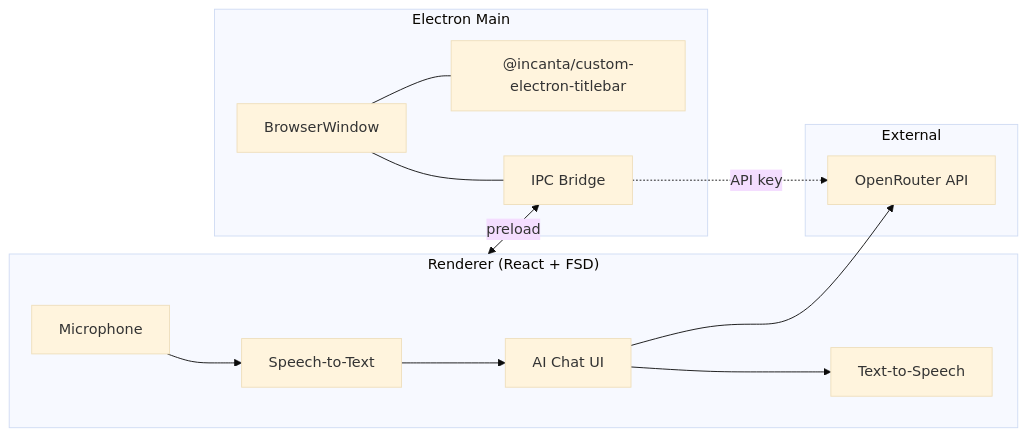
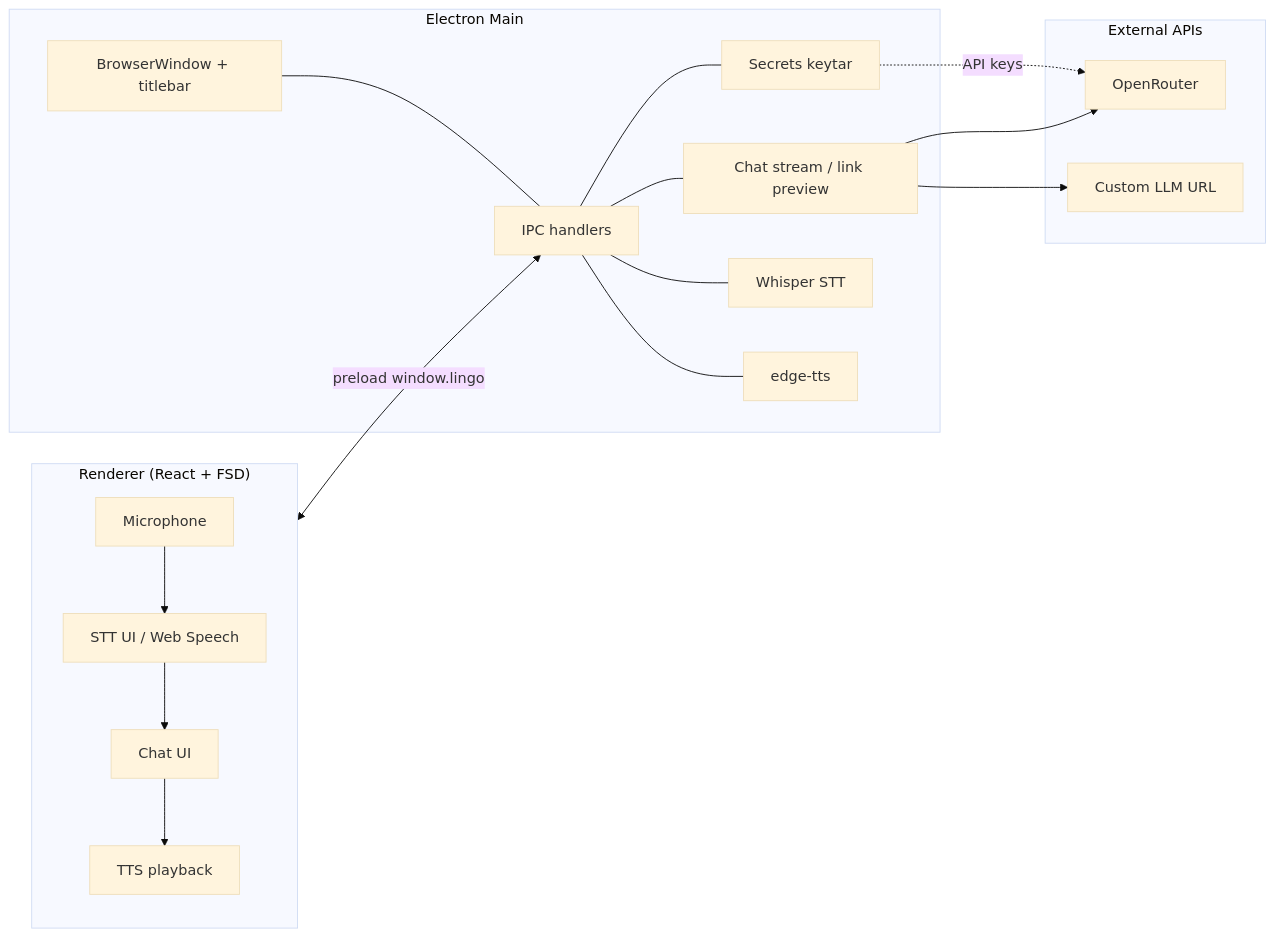
Before and after one commit to thisatom/lingo: the diagram in docs/ARCHITECTURE.md, drawn with Mermaid (base theme). The commit also changed other lines of this file and 157 other files, not shown here.

````diff
--- a/docs/ARCHITECTURE.md
+++ b/docs/ARCHITECTURE.md
@@ -5,26 +5,34 @@
 ```mermaid
 flowchart LR
   subgraph Renderer["Renderer (React + FSD)"]
     MIC[Microphone]
-    STT[Speech-to-Text]
-    AI_UI[AI Chat UI]
-    TTS[Text-to-Speech]
-    MIC --> STT --> AI_UI --> TTS
+    STT_UI[STT UI / Web Speech]
+    AI_UI[Chat UI]
+    TTS_UI[TTS playback]
+    MIC --> STT_UI --> AI_UI --> TTS_UI
   end
 
   subgraph Main["Electron Main"]
-    WIN[BrowserWindow]
-    TB["@incanta/custom-electron-titlebar"]
-    IPC[IPC Bridge]
-    WIN --- TB
+    WIN[BrowserWindow + titlebar]
+    IPC[IPC handlers]
+    SEC[Secrets keytar]
+    CHAT[Chat stream / link preview]
+    WHISPER[Whisper STT]
+    EDGE[edge-tts]
     WIN --- IPC
+    IPC --- SEC
+    IPC --- CHAT
+    IPC --- WHISPER
+    IPC --- EDGE
   end
 
-  subgraph External["External"]
-    OR[OpenRouter API]
+  subgraph External["External APIs"]
+    OR[OpenRouter]
+    CUSTOM[Custom LLM URL]
   end
 
-  Renderer <-->|preload| IPC
-  AI_UI --> OR
-  IPC -.->|API key| OR
+  Renderer <-->|preload window.lingo| IPC
+  CHAT --> OR
+  CHAT --> CUSTOM
+  SEC -.->|API keys| OR
 ```
````
